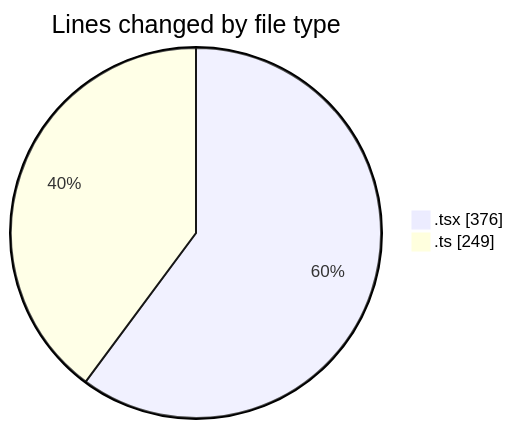
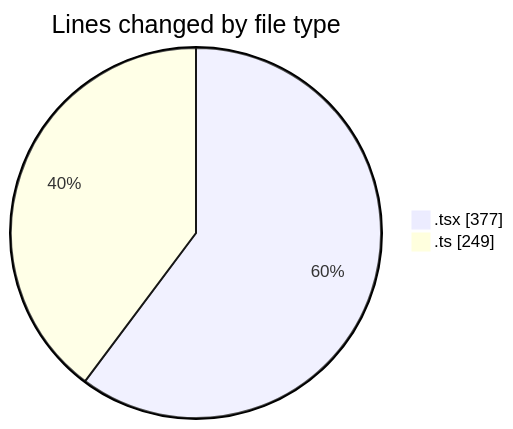
Before and after one commit to julien-gomy/code-tracking: the first of 2 diagrams in 2025-10-16/eventscop-frontend-guide__workspace_/README.md, drawn with Mermaid. The commit also changed other lines of this file and 1 other file, not shown here.

````diff
--- a/2025-10-16/eventscop-frontend-guide__workspace_/README.md
+++ b/2025-10-16/eventscop-frontend-guide__workspace_/README.md
@@ -26,6 +26,6 @@
 ```mermaid
 pie showData
 title Lines changed by file type
-".tsx" : 376
+".tsx" : 377
 ".ts" : 249
 ```
````
